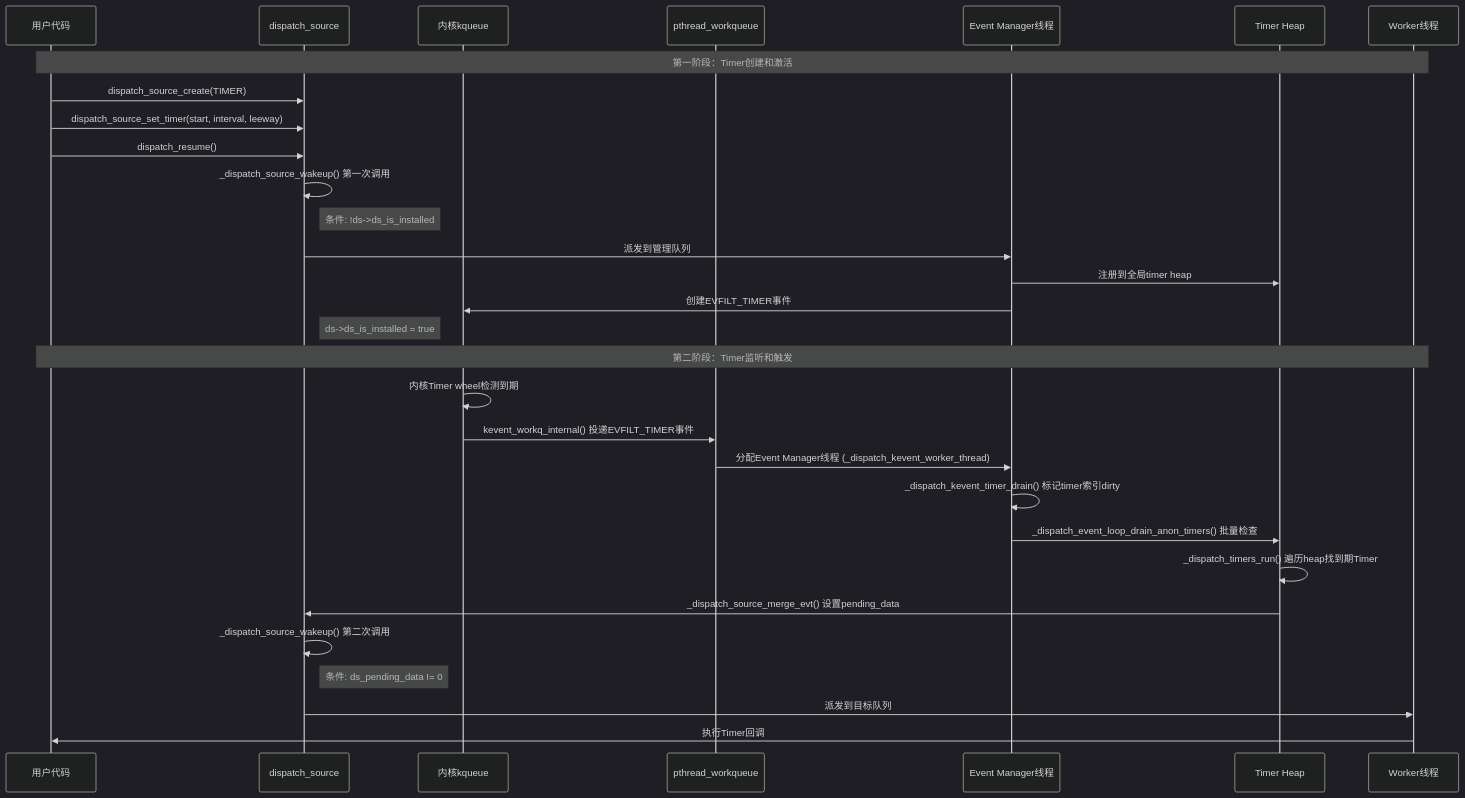
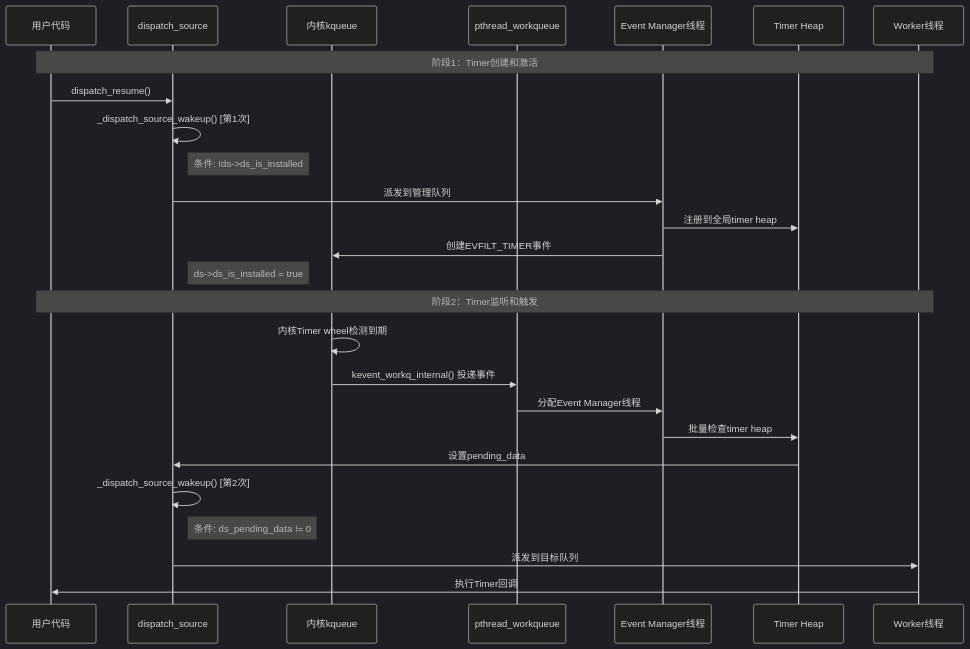
The second of 2 diagrams in _posts/2025-09-27-GCD Timer完整实现机制深度解析（Apple平台）.md (ufogxl/ufogxl.github.io), drawn with Mermaid (dark theme) before and after one commit. The commit also changed other lines of this file, not shown here.

````diff
--- a/_posts/2025-09-27-GCD Timer完整实现机制深度解析（Apple平台）.md
+++ b/_posts/2025-09-27-GCD Timer完整实现机制深度解析（Apple平台）.md
@@ -5,34 +28,30 @@
 ```mermaid
 sequenceDiagram
     participant User as 用户代码
     participant DS as dispatch_source
     participant KQ as 内核kqueue
     participant PW as pthread_workqueue
     participant EM as Event Manager线程
     participant TH as Timer Heap
     participant WT as Worker线程
 
-    Note over User,WT: 第一阶段：Timer创建和激活
-    User->>DS: dispatch_source_create(TIMER)
-    User->>DS: dispatch_source_set_timer(start, interval, leeway)
+    Note over User,WT: 阶段1：Timer创建和激活
     User->>DS: dispatch_resume()
-    DS->>DS: _dispatch_source_wakeup() 第一次调用
+    DS->>DS: _dispatch_source_wakeup() [第1次]
     Note right of DS: 条件: !ds->ds_is_installed
     DS->>EM: 派发到管理队列
     EM->>TH: 注册到全局timer heap
     EM->>KQ: 创建EVFILT_TIMER事件
     Note right of DS: ds->ds_is_installed = true
 
-    Note over User,WT: 第二阶段：Timer监听和触发
+    Note over User,WT: 阶段2：Timer监听和触发
     KQ->>KQ: 内核Timer wheel检测到期
-    KQ->>PW: kevent_workq_internal() 投递EVFILT_TIMER事件
-    PW->>EM: 分配Event Manager线程 (_dispatch_kevent_worker_thread)
-    EM->>EM: _dispatch_kevent_timer_drain() 标记timer索引dirty
-    EM->>TH: _dispatch_event_loop_drain_anon_timers() 批量检查
-    TH->>TH: _dispatch_timers_run() 遍历heap找到期Timer
-    TH->>DS: _dispatch_source_merge_evt() 设置pending_data
-    DS->>DS: _dispatch_source_wakeup() 第二次调用
+    KQ->>PW: kevent_workq_internal() 投递事件
+    PW->>EM: 分配Event Manager线程
+    EM->>TH: 批量检查timer heap
+    TH->>DS: 设置pending_data
+    DS->>DS: _dispatch_source_wakeup() [第2次]
     Note right of DS: 条件: ds_pending_data != 0
     DS->>WT: 派发到目标队列
     WT->>User: 执行Timer回调
 ```
````
